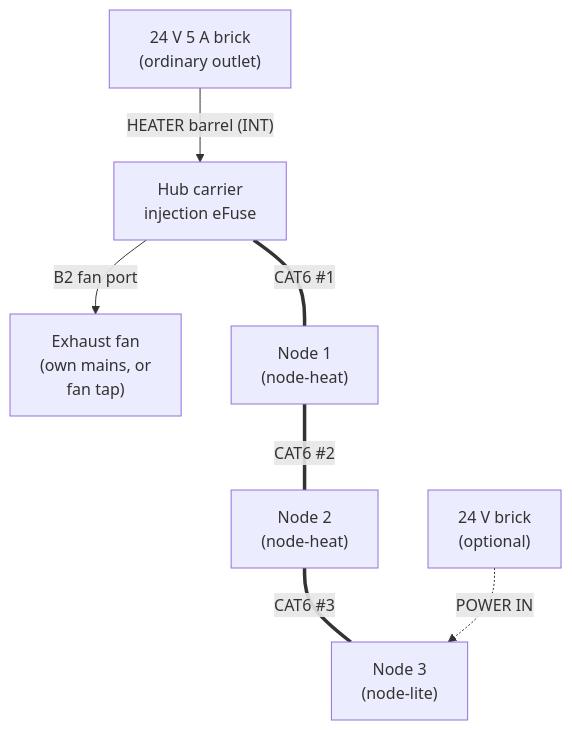
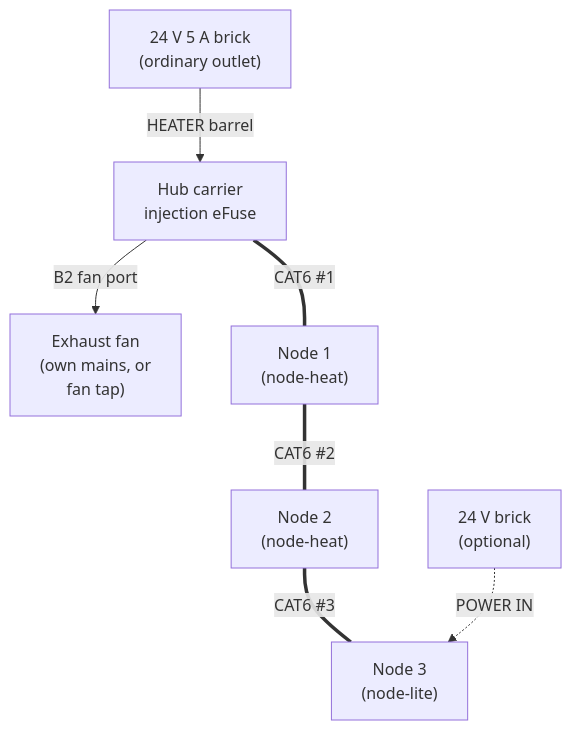
One commit to BashfulBits/3dp-fleet-exhaust changed the first of 6 diagrams in docs/04_wiring_and_pinouts.md. Above: the diagram before and after it, drawn with Mermaid. The commit also changed other lines of this file and 6 other files, not shown here.

````diff
--- a/docs/04_wiring_and_pinouts.md
+++ b/docs/04_wiring_and_pinouts.md
@@ -9,9 +9,9 @@
 ```mermaid
 flowchart TB
-  PSU["24 V 5 A brick<br>(ordinary outlet)"] -->|"HEATER barrel (INT)"| HC["Hub carrier<br>injection eFuse"]
+  PSU["24 V 5 A brick<br>(ordinary outlet)"] -->|"HEATER barrel"| HC["Hub carrier<br>injection eFuse"]
   HC -->|"B2 fan port"| FAN["Exhaust fan<br>(own mains, or<br>fan tap)"]
   HC ===|"CAT6 #1"| N1["Node 1<br>(node-heat)"]
   N1 ===|"CAT6 #2"| N2["Node 2<br>(node-heat)"]
   N2 ===|"CAT6 #3"| N3["Node 3<br>(node-lite)"]
   BR["24 V brick<br>(optional)"] -.->|"POWER IN"| N3
 ```
````
